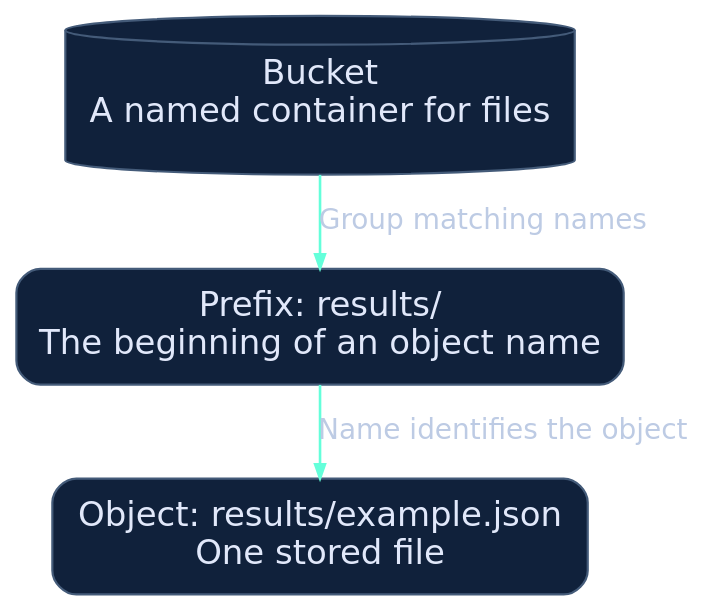
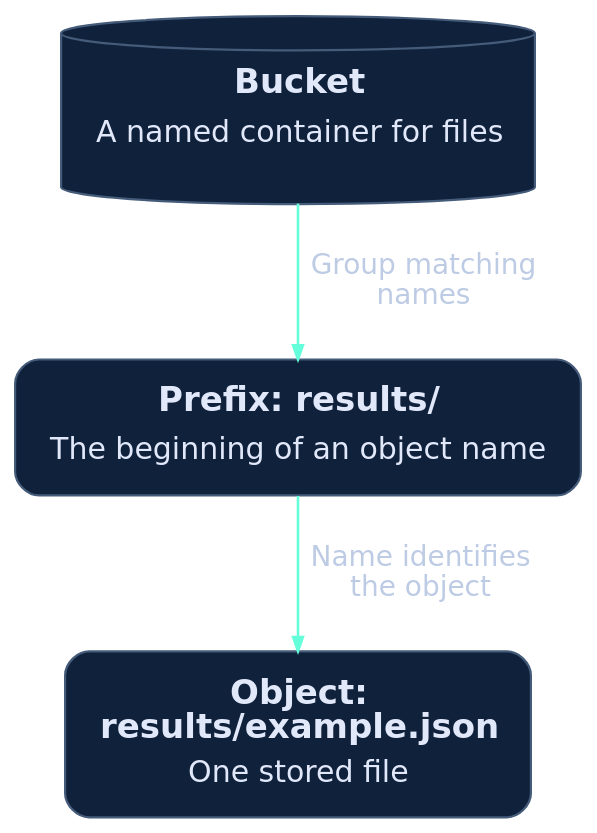
Before and after one commit to rylena/PortfolioWebsite: the diagram in assets/diagrams/source/jee-storage-names.dot, drawn with Graphviz. The commit also changed 35 other files, not shown here.

First line of the commit message:
Publish hospital security writeup and improve blog diagrams

```diff
--- a/assets/diagrams/source/jee-storage-names.dot
+++ b/assets/diagrams/source/jee-storage-names.dot
@@ -1,10 +1,10 @@
 digraph G {
-  graph [rankdir=TB, bgcolor="transparent", pad="0.15", nodesep="0.32", ranksep="0.45", splines=polyline];
-  node [shape=box, style="rounded,filled", fillcolor="#10213b", color="#445b79", fontcolor="#e1e8fa", fontname="DejaVu Sans", fontsize=17, margin="0.18,0.14", penwidth=1.1];
+  graph [rankdir=TB, bgcolor="transparent", pad="0.22", nodesep="0.55", ranksep="0.65", splines=polyline];
+  node [shape=box, style="rounded,filled", fillcolor="#10213b", color="#445b79", fontcolor="#e1e8fa", fontname="DejaVu Sans", fontsize=17, margin="0.20,0.14", penwidth=1.1];
   edge [color="#64ffda", fontcolor="#bdcbe4", fontname="DejaVu Sans", fontsize=14, arrowsize=0.7, penwidth=1.3];
-  bucket [label="Bucket\nA named container for files", shape=cylinder];
-  prefix [label="Prefix: results/\nThe beginning of an object name"];
-  object [label="Object: results/example.json\nOne stored file"];
-  bucket -> prefix [label="Group matching names"];
-  prefix -> object [label="Name identifies the object"];
+  bucket [label=<<TABLE BORDER="0" CELLBORDER="0" CELLSPACING="0" CELLPADDING="3"><TR><TD><B>Bucket</B></TD></TR><TR><TD><FONT POINT-SIZE="15">A named container for files</FONT></TD></TR></TABLE>>, shape=cylinder];
+  prefix [label=<<TABLE BORDER="0" CELLBORDER="0" CELLSPACING="0" CELLPADDING="3"><TR><TD><B>Prefix: results/</B></TD></TR><TR><TD><FONT POINT-SIZE="15">The beginning of an object name</FONT></TD></TR></TABLE>>];
+  object [label=<<TABLE BORDER="0" CELLBORDER="0" CELLSPACING="0" CELLPADDING="3"><TR><TD><B>Object:<BR/>results/example.json</B></TD></TR><TR><TD><FONT POINT-SIZE="15">One stored file</FONT></TD></TR></TABLE>>];
+  bucket -> prefix [label="  Group matching  \n  names  "];
+  prefix -> object [label="  Name identifies  \n  the object  "];
 }
```
